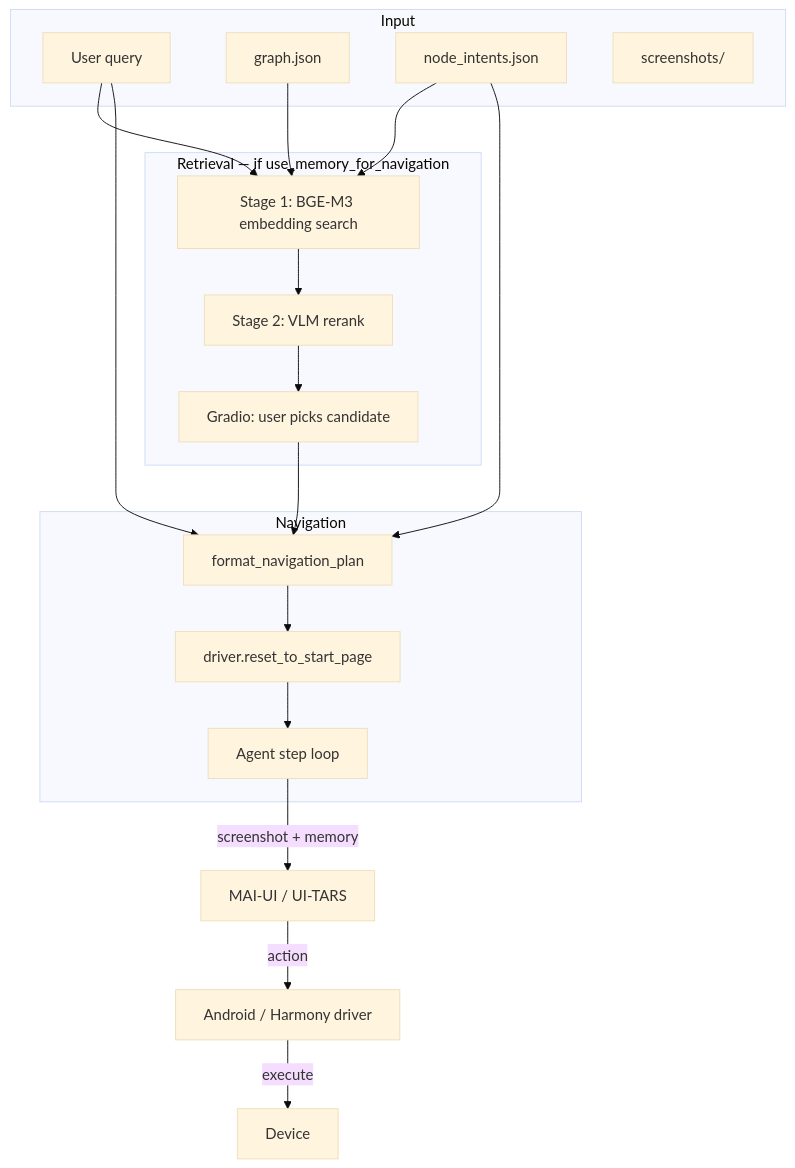
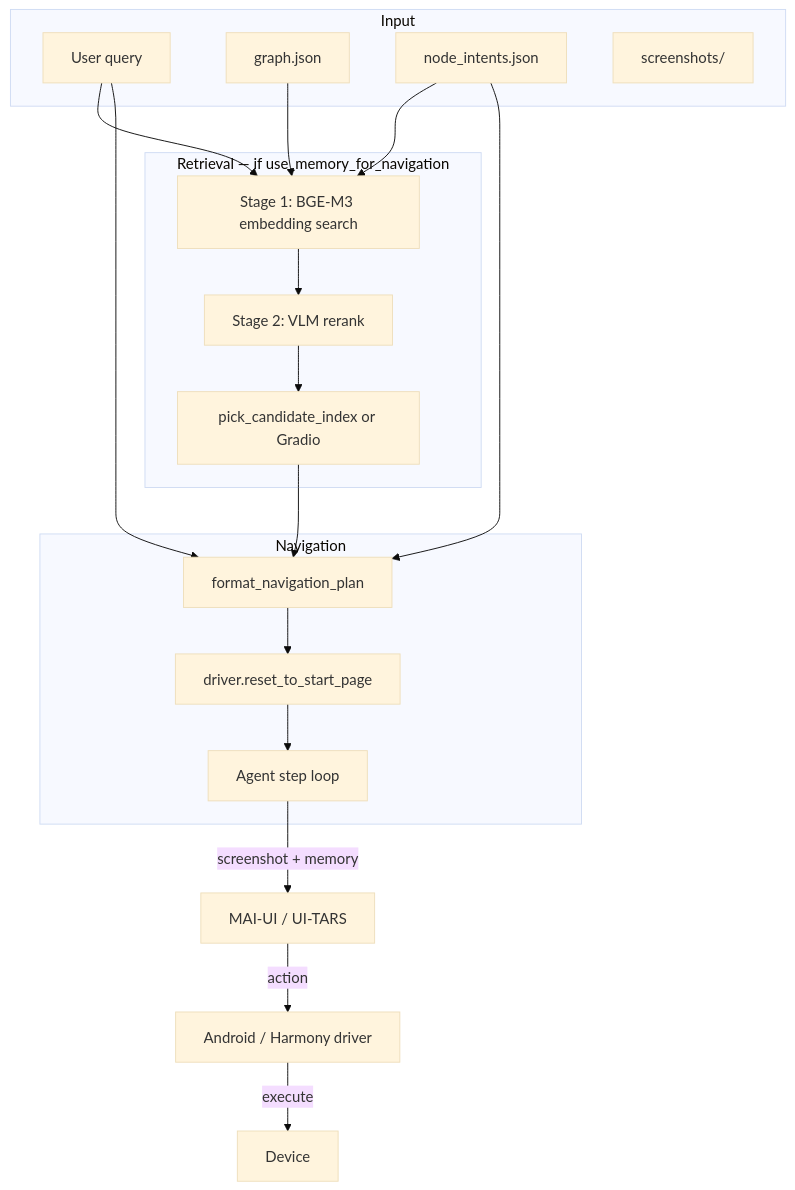
The diagram in inference/README.md (smehdia/AgentNavigator), drawn with Mermaid (base theme) before and after one commit. The commit also changed other lines of this file and 1 other file, not shown here.

````diff
--- a/inference/README.md
+++ b/inference/README.md
@@ -184,33 +276,33 @@
 ```mermaid
 flowchart TB
     subgraph input [Input]
         Q[User query]
         G[graph.json]
         NI[node_intents.json]
         SS[screenshots/]
     end
 
     subgraph retrieval [Retrieval — if use_memory_for_navigation]
         S1[Stage 1: BGE-M3 embedding search]
         S2[Stage 2: VLM rerank]
-        UI[Gradio: user picks candidate]
-        S1 --> S2 --> UI
+        PICK[pick_candidate_index or Gradio]
+        S1 --> S2 --> PICK
     end
 
     subgraph nav [Navigation]
         FM[format_navigation_plan]
         RST[driver.reset_to_start_page]
         LOOP[Agent step loop]
         FM --> RST --> LOOP
     end
 
     Q --> S1
     G --> S1
     NI --> S1
     NI --> FM
-    UI --> FM
+    PICK --> FM
     Q --> FM
     LOOP -->|screenshot + memory| AGENT[MAI-UI / UI-TARS]
     AGENT -->|action| DRV[Android / Harmony driver]
     DRV -->|execute| DEV[Device]
 ```
````
